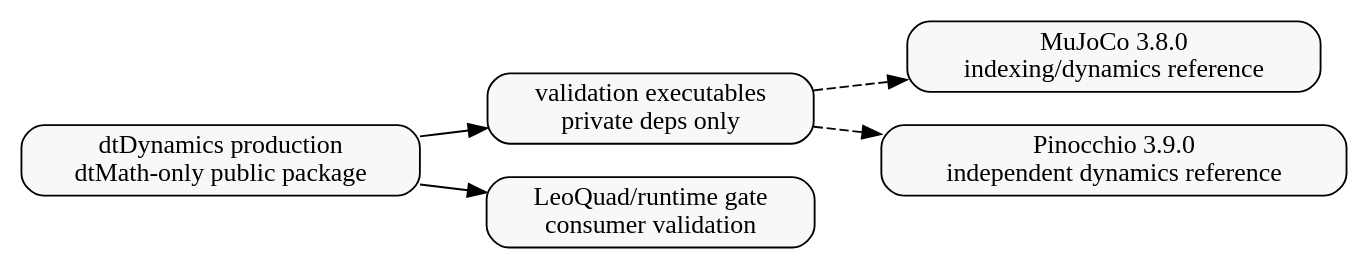
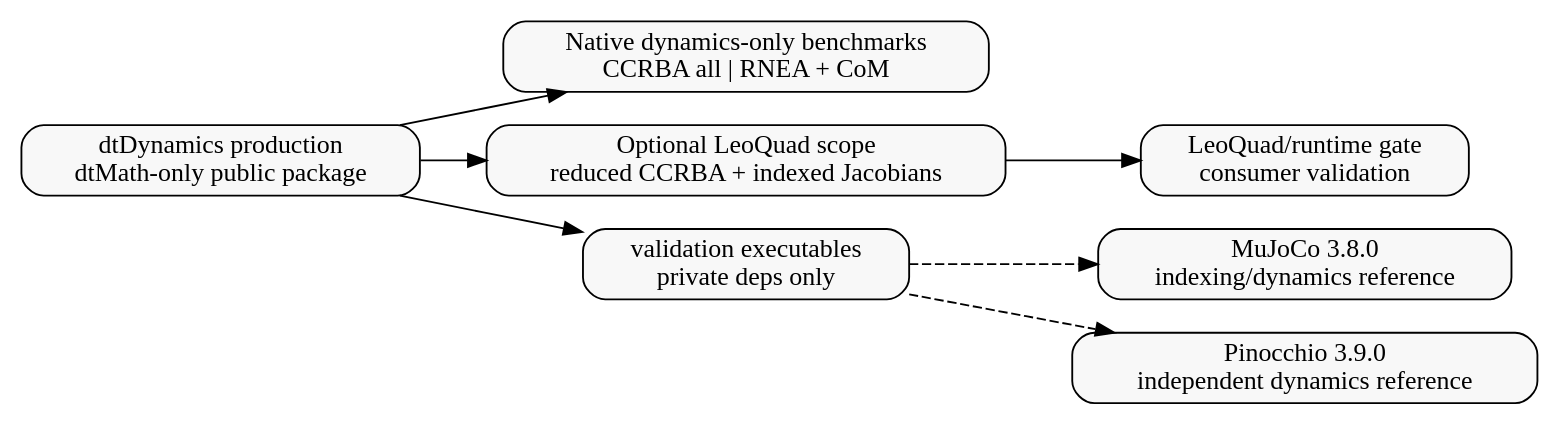
One commit to sangyobe/dtDynamics changed the diagram in docs/manual/diagrams/validation_refs.dot. Above: the diagram before and after it, drawn with Graphviz. The commit also changed 12 other files, not shown here.

Commit message:
bench: separate native and LeoQuad scopes

```diff
--- a/docs/manual/diagrams/validation_refs.dot
+++ b/docs/manual/diagrams/validation_refs.dot
@@ -1,18 +1,17 @@
 digraph validation_refs {
   rankdir=LR;
   node [shape=box, style="rounded,filled", fillcolor="#f8f8f8"];
-  native [label="dtDynamics production
-dtMath-only public package"];
-  tests [label="validation executables
-private deps only"];
-  mujoco [label="MuJoCo 3.8.0
-indexing/dynamics reference"];
-  pin [label="Pinocchio 3.9.0
-independent dynamics reference"];
-  controller [label="LeoQuad/runtime gate
-consumer validation"];
+  native [label="dtDynamics production\ndtMath-only public package"];
+  native_bench [label="Native dynamics-only benchmarks\nCCRBA all | RNEA + CoM"];
+  leo_bench [label="Optional LeoQuad scope\nreduced CCRBA + indexed Jacobians"];
+  tests [label="validation executables\nprivate deps only"];
+  mujoco [label="MuJoCo 3.8.0\nindexing/dynamics reference"];
+  pin [label="Pinocchio 3.9.0\nindependent dynamics reference"];
+  controller [label="LeoQuad/runtime gate\nconsumer validation"];
+  native -> native_bench;
+  native -> leo_bench;
   native -> tests;
   tests -> mujoco [style=dashed];
   tests -> pin [style=dashed];
-  native -> controller;
+  leo_bench -> controller;
 }
```
